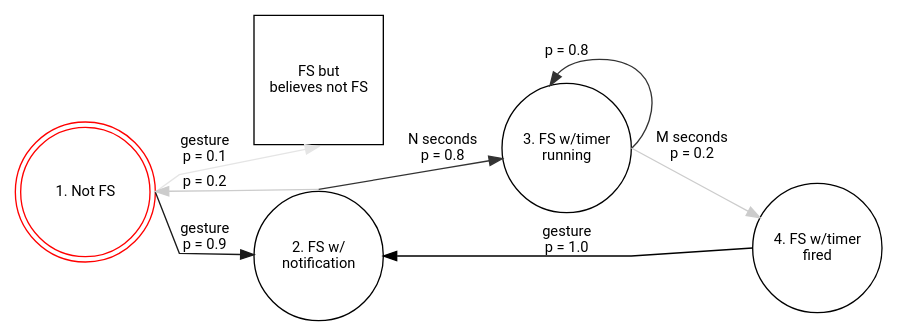
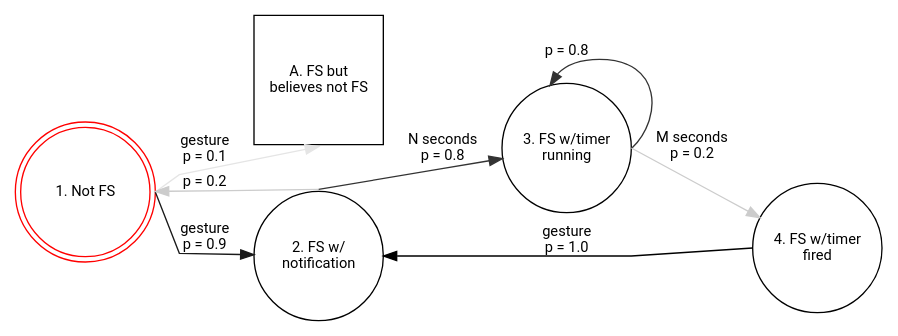
The diagram in 07-full-screen.dot (adrifelt/ux-model-graphs), drawn with Graphviz before and after one commit. The commit also changed 1 other file, not shown here.

```diff
--- a/07-full-screen.dot
+++ b/07-full-screen.dot
@@ -1,66 +1,66 @@
 digraph {
   splines = polyline;
   rankdir=LR;
   node [
     shape = circle
     fontname = "Roboto"
     fontsize = 11
     width = 1.35
     margin = 0
   ];
   edge [
     fontname = "Roboto"
     fontsize = 11
   ];
 
   nfs [
     label = "1. Not FS"
     color = red
     shape = doublecircle
   ];
   nfs_confused [
-    label = "FS but\nbelieves not FS"
+    label = "A. FS but\nbelieves not FS"
     shape = square
   ];
   fs_notif [
     label = "2. FS w/\nnotification"
   ];
   fs_timer [
     label = "3. FS w/timer\nrunning"
   ];
   fs_fired [
     label = "4. FS w/timer\nfired"
   ];
 
   nfs:e -> fs_notif [
     label = "gesture\np = 0.9"
     color = grey10
   ];
   nfs:e -> nfs_confused:s [
     label = "gesture\np = 0.1"
     color = grey90
   ];
 
   fs_notif:n -> fs_timer [
     label = "N seconds\np = 0.8"
     color = grey20
   ];
   fs_notif:n -> nfs [
     label = "p = 0.2"
     color = grey80
   ];
 
   fs_timer:e -> fs_fired [
     label = "M seconds\np = 0.2"
     color = grey80
   ];
   fs_timer:e -> fs_timer [
     label = "p = 0.8"
     color = grey20
   ];
 
   fs_fired:w -> fs_notif [
     label = "gesture\np = 1.0"
     color = black
   ];
 }
```
